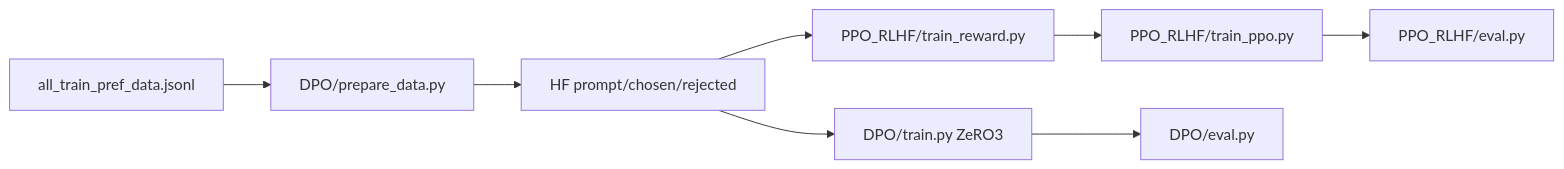
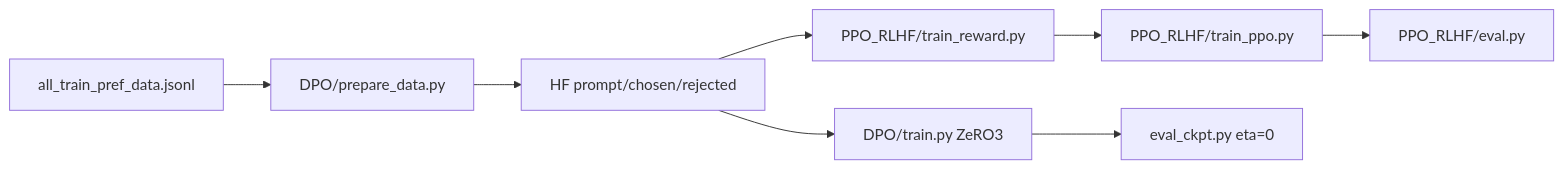
One commit to SaratBobbili/pita changed the diagram in Project_plan.md. Above: the diagram before and after it, drawn with Mermaid. The commit also changed other lines of this file and 3 other files, not shown here.

Commit message:
dpo eval wrapper for old eval code

````diff
--- a/Project_plan.md
+++ b/Project_plan.md
@@ -68,10 +67,10 @@
 ```mermaid
 flowchart LR
   prefJsonl[all_train_pref_data.jsonl] --> prep[DPO/prepare_data.py]
   prep --> hfds[HF prompt/chosen/rejected]
   hfds --> dpo[DPO/train.py ZeRO3]
   hfds --> rm[PPO_RLHF/train_reward.py]
   rm --> ppo[PPO_RLHF/train_ppo.py]
-  dpo --> evalD[DPO/eval.py]
+  dpo --> evalD["eval_ckpt.py eta=0"]
   ppo --> evalP[PPO_RLHF/eval.py]
 ```
````
